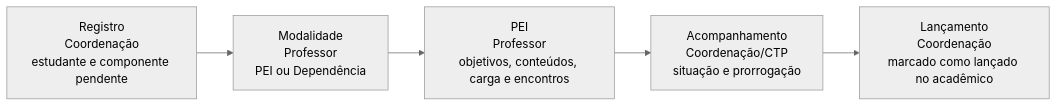
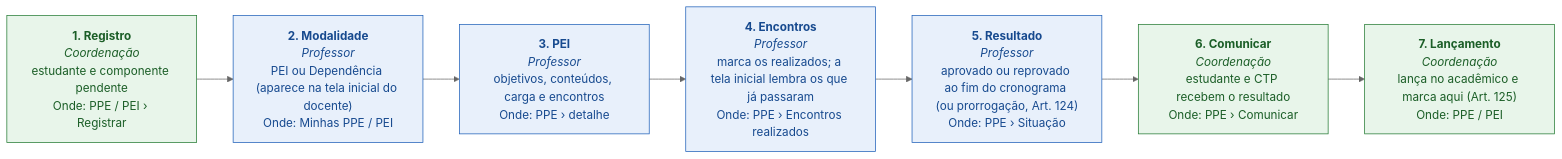
Before and after one commit to cctrc-bvg/sgc-redes-bvg: the seventh of 14 diagrams in docs/MANUAL_DO_USUARIO.md, drawn with Mermaid (neutral theme). The commit also changed other lines of this file and 109 other files, not shown here.

````diff
--- a/docs/MANUAL_DO_USUARIO.md
+++ b/docs/MANUAL_DO_USUARIO.md
@@ -445,12 +515,21 @@
 ```mermaid
 flowchart LR
-  E0["Registro<br/>Coordenação<br/>estudante e componente pendente"]
-  E1["Modalidade<br/>Professor<br/>PEI ou Dependência"]
+  classDef gestao fill:#e8f5ea,stroke:#237a32,color:#1b5e27
+  classDef docencia fill:#e8f0fb,stroke:#1d5fb8,color:#174a8f
+  classDef setor fill:#fffbeb,stroke:#d97706,color:#78350f
+  classDef sistema fill:#f8fafc,stroke:#64748b,color:#1e293b
+  classDef todos fill:#ffffff,stroke:#64748b,color:#1e293b
+  E0["<b>1. Registro</b><br/><i>Coordenação</i><br/>estudante e componente pendente<br/>Onde: PPE / PEI › Registrar"]:::gestao
+  E1["<b>2. Modalidade</b><br/><i>Professor</i><br/>PEI ou Dependência (aparece na tela inicial do docente)<br/>Onde: Minhas PPE / PEI"]:::docencia
   E0 --> E1
-  E2["PEI<br/>Professor<br/>objetivos, conteúdos, carga e encontros"]
+  E2["<b>3. PEI</b><br/><i>Professor</i><br/>objetivos, conteúdos, carga e encontros<br/>Onde: PPE › detalhe"]:::docencia
   E1 --> E2
-  E3["Acompanhamento<br/>Coordenação/CTP<br/>situação e prorrogação"]
+  E3["<b>4. Encontros</b><br/><i>Professor</i><br/>marca os realizados; a tela inicial lembra os que já passaram<br/>Onde: PPE › Encontros realizados"]:::docencia
   E2 --> E3
-  E4["Lançamento<br/>Coordenação<br/>marcado como lançado no acadêmico"]
+  E4["<b>5. Resultado</b><br/><i>Professor</i><br/>aprovado ou reprovado ao fim do cronograma (ou prorrogação, Art. 124)<br/>Onde: PPE › Situação"]:::docencia
   E3 --> E4
+  E5["<b>6. Comunicar</b><br/><i>Coordenação</i><br/>estudante e CTP recebem o resultado<br/>Onde: PPE › Comunicar"]:::gestao
+  E4 --> E5
+  E6["<b>7. Lançamento</b><br/><i>Coordenação</i><br/>lança no acadêmico e marca aqui (Art. 125)<br/>Onde: PPE / PEI"]:::gestao
+  E5 --> E6
 ```
````
